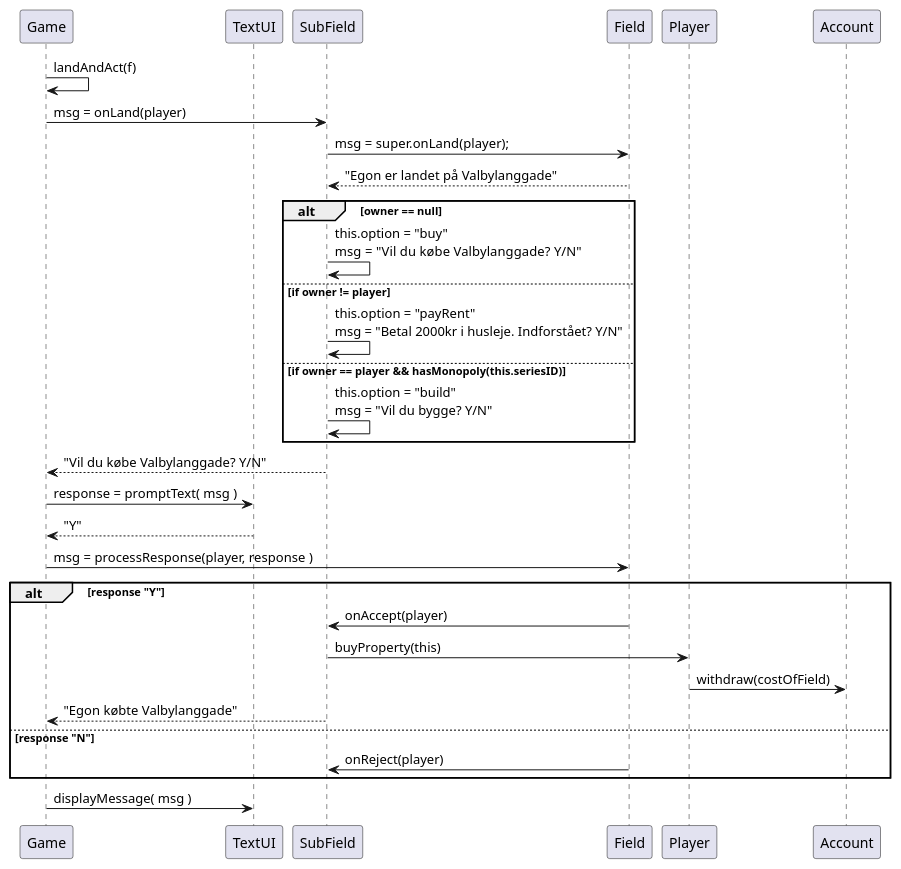
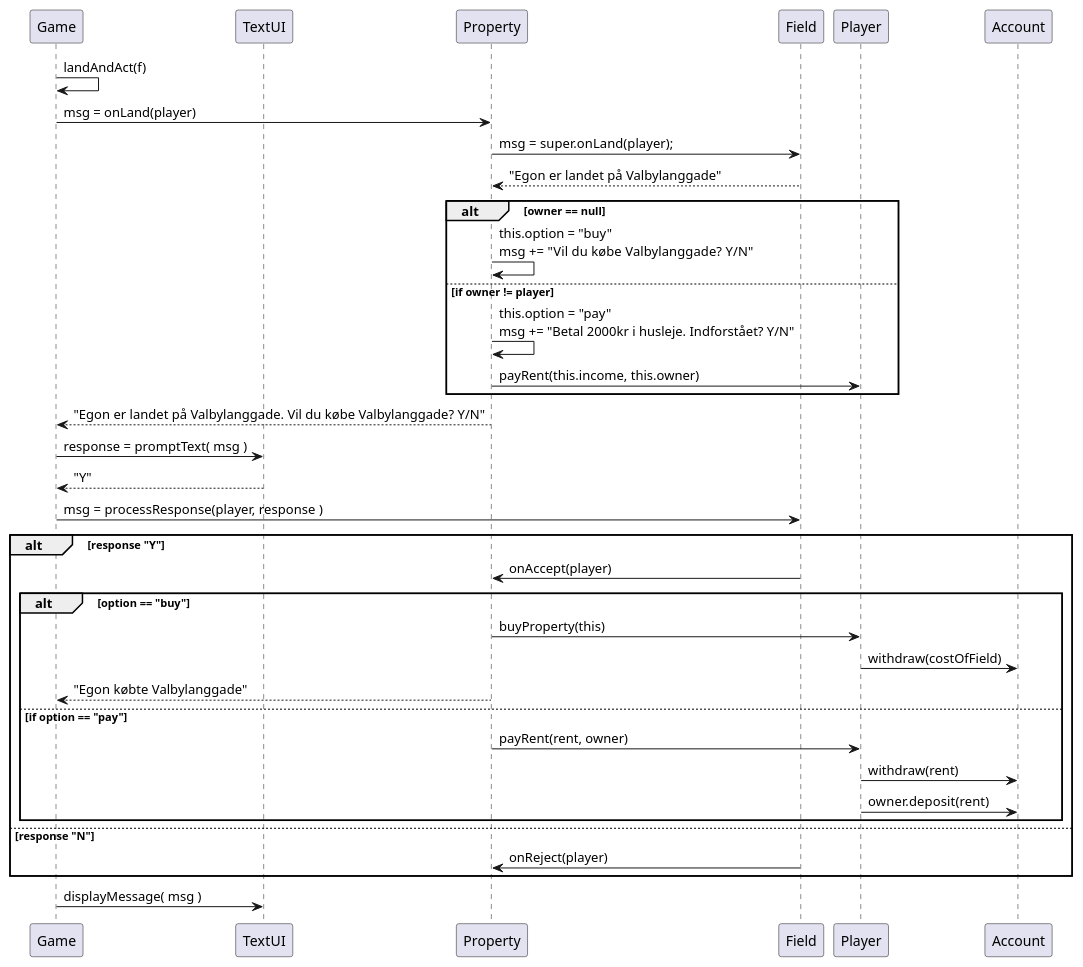
The diagram in doc/Plan/dynamic/sequence_uc4_landAndAct.puml (Dat1Cphbusiness/MonopolyE24), drawn with PlantUML before and after one commit. The commit also changed 7 other files, not shown here.

```diff
--- a/doc/Plan/dynamic/sequence_uc4_landAndAct.puml
+++ b/doc/Plan/dynamic/sequence_uc4_landAndAct.puml
@@ -1,48 +1,54 @@
 @startuml
 'https://plantuml.com/sequence-diagram
 
 participant Game as game
 participant TextUI as ui
-participant SubField  as subField
+participant Property as subField
 participant Field  as field
 
 
 game -> game : landAndAct(f)
 game -> subField : msg = onLand(player)
 subField -> field : msg = super.onLand(player);
 field --> subField: "Egon er landet på Valbylanggade"
 
 alt owner == null
-
-subField -> subField : this.option = "buy" \nmsg =  "Vil du købe Valbylanggade? Y/N"
-
-
+ subField -> subField : this.option = "buy" \nmsg +=  "Vil du købe Valbylanggade? Y/N"
 else if owner != player
-
-subField -> subField :  this.option = "payRent"\nmsg = "Betal 2000kr i husleje. Indforstået? Y/N"
-
-else if owner == player && hasMonopoly(this.seriesID)
-
-subField -> subField :  this.option = "build"\nmsg = "Vil du bygge? Y/N"
+ subField -> subField :  this.option = "pay"\nmsg += "Betal 2000kr i husleje. Indforstået? Y/N"
+ subField -> Player :payRent(this.income, this.owner)
 end
 
-subField --> game : "Vil du købe Valbylanggade? Y/N"
+subField --> game : "Egon er landet på Valbylanggade. Vil du købe Valbylanggade? Y/N"
 
 game -> ui : response = promptText( msg )
 
 ui --> game : "Y"
 game -> field : msg = processResponse(player, response )
 
 alt response "Y"
     field  -> subField : onAccept(player)
-    subField  -> Player: buyProperty(this)
-    Player -> Account : withdraw(costOfField)
+
+    alt option == "buy"
+        subField  -> Player: buyProperty(this)
+        Player -> Account : withdraw(costOfField)
     subField --> game : "Egon købte Valbylanggade"
+
+    else if option == "pay"
+             subField -> Player :payRent(rent, owner)
+             Player -> Account : withdraw(rent)
+             Player -> Account : owner.deposit(rent)
+    end
+
 else response "N"
     field -> subField : onReject(player)
     end
 
-
 game -> ui : displayMessage( msg )
 
+
+' only in Plot.onLand
+' alt this.isMonopolised
+' subField -> subField :  this.option = "build"\nmsg = "Vil du bygge? Y/N"'
+
 @enduml
```
